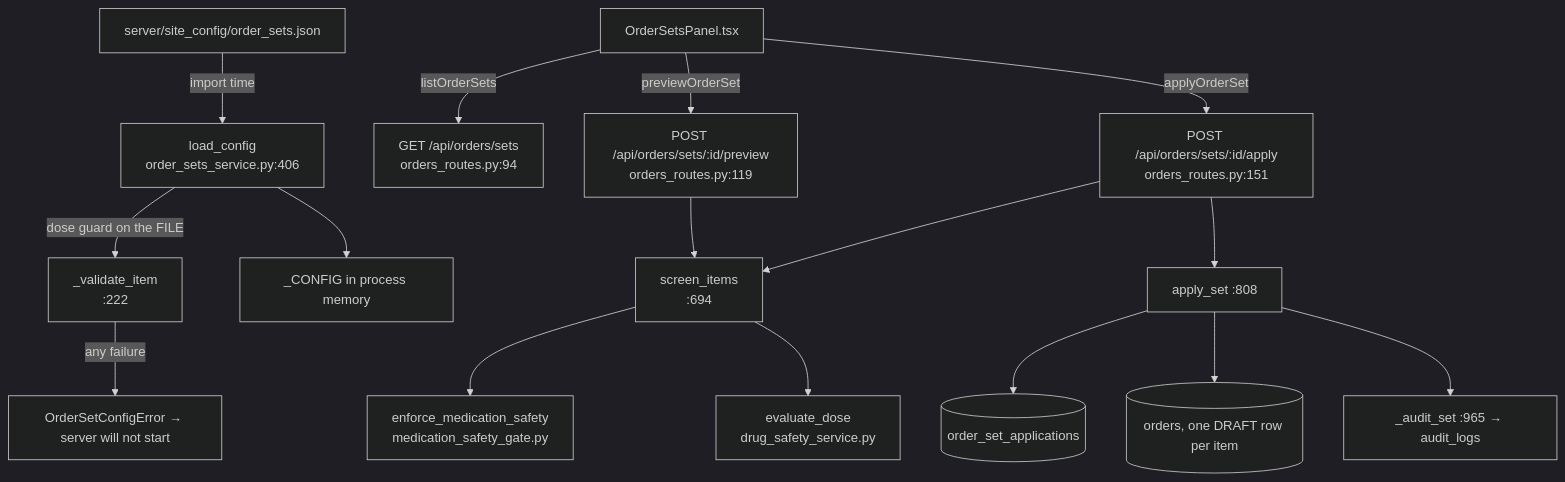
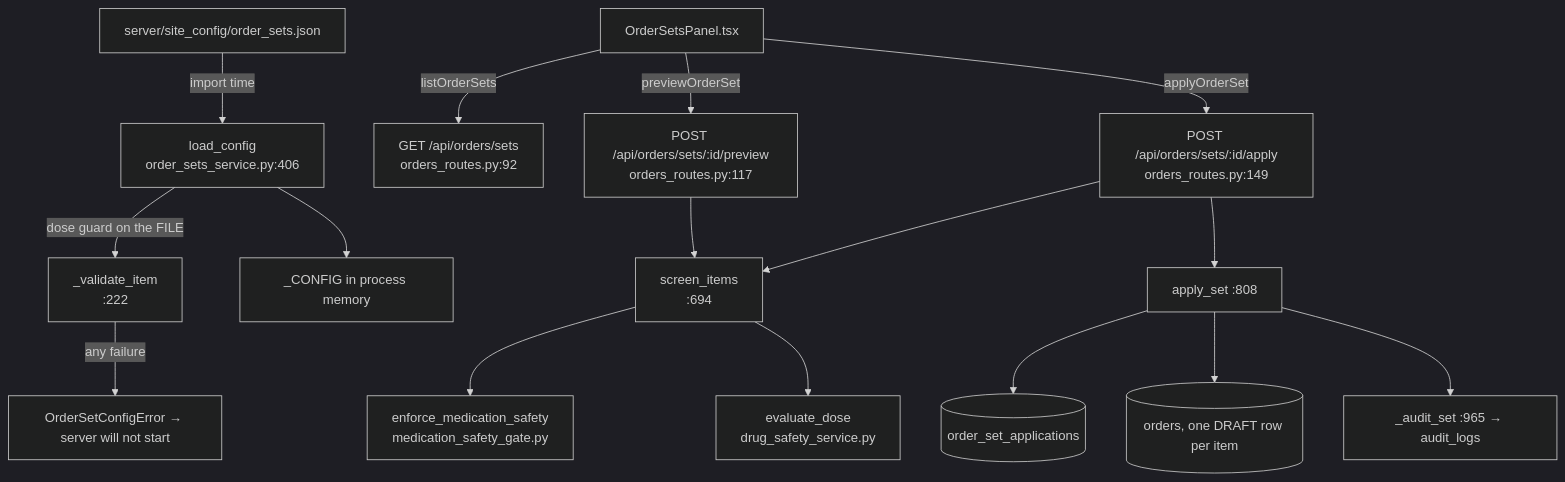
One commit to samuelmorningstar23/Orb changed the first of 2 diagrams in docs/guide/34-order-sets.md. Above: the diagram before and after it, drawn with Mermaid (dark theme). The commit also changed other lines of this file and 151 other files, not shown here.

````diff
--- a/docs/guide/34-order-sets.md
+++ b/docs/guide/34-order-sets.md
@@ -34,18 +34,18 @@
 ```mermaid
 graph TD
   FILE[server/site_config/order_sets.json] -->|import time| LOAD[load_config<br/>order_sets_service.py:406]
   LOAD -->|dose guard on the FILE| VAL[_validate_item<br/>:222]
   VAL -->|any failure| BOOM[OrderSetConfigError → server will not start]
   LOAD --> CFG[_CONFIG in process memory]
-  UI[OrderSetsPanel.tsx] -->|listOrderSets| R1[GET /api/orders/sets<br/>orders_routes.py:94]
-  UI -->|previewOrderSet| R2[POST /api/orders/sets/:id/preview<br/>orders_routes.py:119]
-  UI -->|applyOrderSet| R3[POST /api/orders/sets/:id/apply<br/>orders_routes.py:151]
+  UI[OrderSetsPanel.tsx] -->|listOrderSets| R1[GET /api/orders/sets<br/>orders_routes.py:92]
+  UI -->|previewOrderSet| R2[POST /api/orders/sets/:id/preview<br/>orders_routes.py:117]
+  UI -->|applyOrderSet| R3[POST /api/orders/sets/:id/apply<br/>orders_routes.py:149]
   R2 --> SCREEN[screen_items<br/>:694]
   R3 --> SCREEN
   SCREEN --> GATE1[enforce_medication_safety<br/>medication_safety_gate.py]
   SCREEN --> GATE2[evaluate_dose<br/>drug_safety_service.py]
   R3 --> APPLY[apply_set :808]
   APPLY --> LEDGER[(order_set_applications)]
   APPLY --> ORDERS[(orders, one DRAFT row per item)]
   APPLY --> AUDIT[_audit_set :965 → audit_logs]
 ```
````
